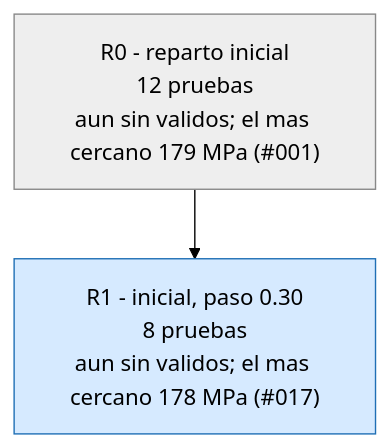
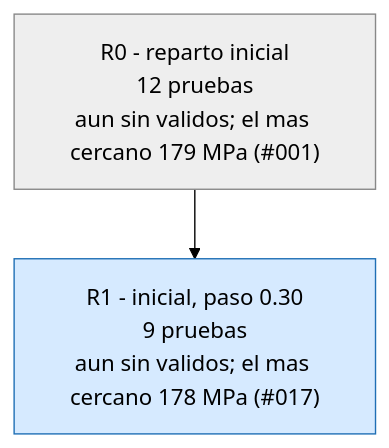
One commit to Hugiko/msd-soporte-optimizacion changed the second of 3 diagrams in runs/opt_37800N/ARBOL.md. Above: the diagram before and after it, drawn with Mermaid (forest theme). The commit also changed 22 other files, not shown here.

````diff
--- a/runs/opt_37800N/ARBOL.md
+++ b/runs/opt_37800N/ARBOL.md
@@ -21,9 +21,9 @@
 ```mermaid
 graph TD
 classDef activa fill:#d6eaff,stroke:#1f6fb5,color:#000
 classDef fin fill:#eeeeee,stroke:#888,color:#000
 classDef mejor fill:#c8f0c0,stroke:#1a9850,stroke-width:4px,color:#000
 R0["R0 - reparto inicial<br/>12 pruebas<br/>aun sin validos; el mas cercano 179 MPa (#001)"]:::fin
-R1["R1 - inicial, paso 0.30<br/>8 pruebas<br/>aun sin validos; el mas cercano 178 MPa (#017)"]:::activa
+R1["R1 - inicial, paso 0.30<br/>9 pruebas<br/>aun sin validos; el mas cercano 178 MPa (#017)"]:::activa
 R0 --> R1
 ```
````
